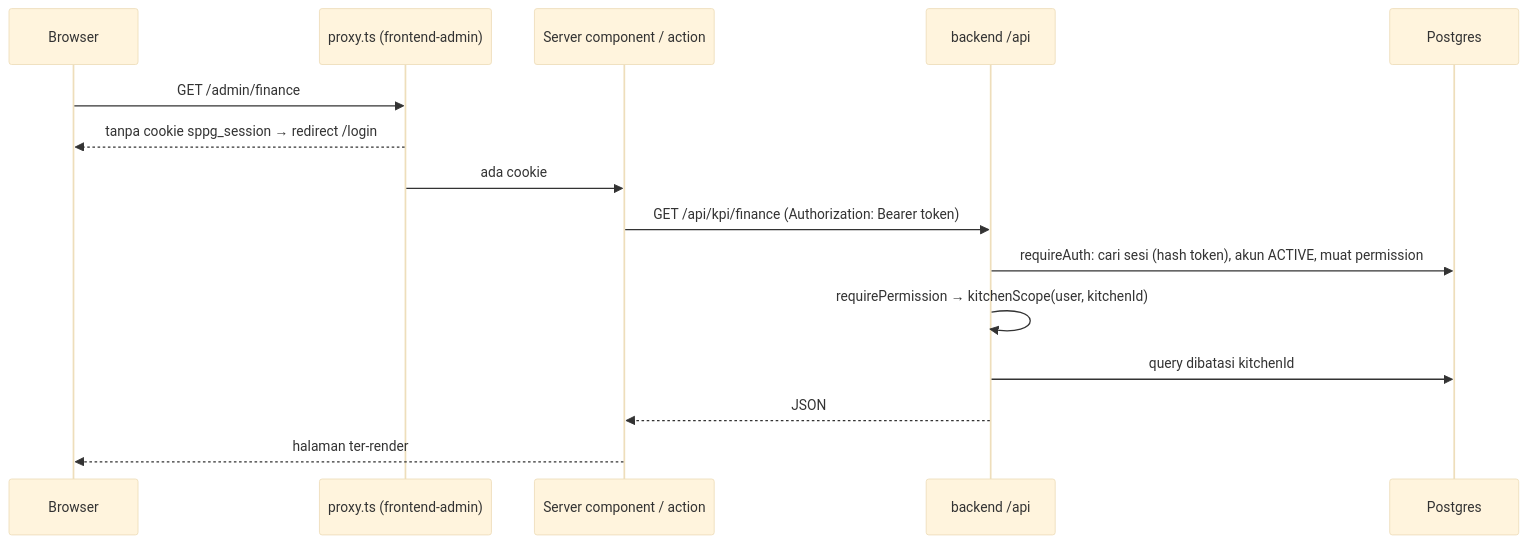
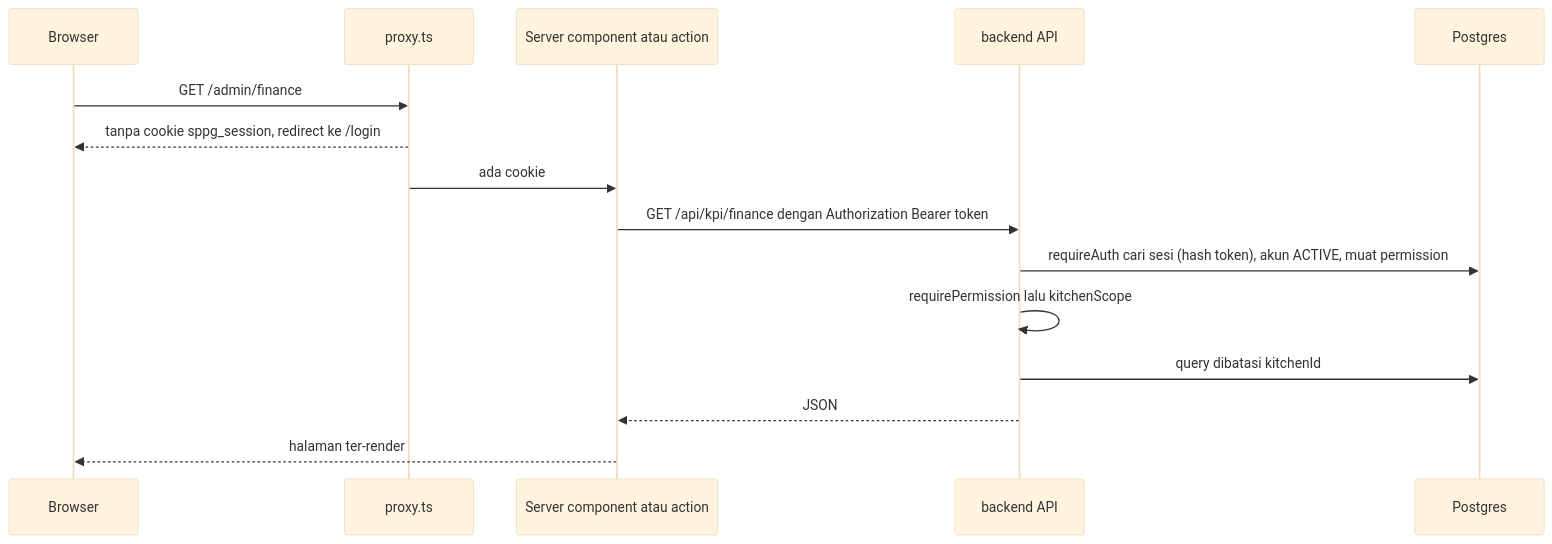
The third of 4 diagrams in README.md (ibrahimpalamarta/SPPG-Dashboard), drawn with Mermaid (base theme) before and after one commit. The commit also changed other lines of this file and 2 other files, not shown here.

Commit message:
turn off browser autofill on invite and forgot-password email, simplify README diagrams

````diff
--- a/README.md
+++ b/README.md
@@ -120,17 +120,17 @@
 ```mermaid
 sequenceDiagram
   participant B as Browser
-  participant P as proxy.ts (frontend-admin)
-  participant S as Server component / action
-  participant A as backend /api
+  participant P as proxy.ts
+  participant S as Server component atau action
+  participant A as backend API
   participant D as Postgres
   B->>P: GET /admin/finance
-  P-->>B: tanpa cookie sppg_session → redirect /login
+  P-->>B: tanpa cookie sppg_session, redirect ke /login
   P->>S: ada cookie
-  S->>A: GET /api/kpi/finance (Authorization: Bearer token)
-  A->>D: requireAuth: cari sesi (hash token), akun ACTIVE, muat permission
-  A->>A: requirePermission → kitchenScope(user, kitchenId)
+  S->>A: GET /api/kpi/finance dengan Authorization Bearer token
+  A->>D: requireAuth cari sesi (hash token), akun ACTIVE, muat permission
+  A->>A: requirePermission lalu kitchenScope
   A->>D: query dibatasi kitchenId
   A-->>S: JSON
   S-->>B: halaman ter-render
 ```
````
